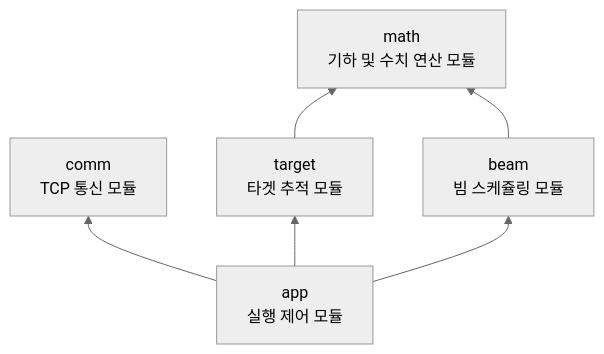
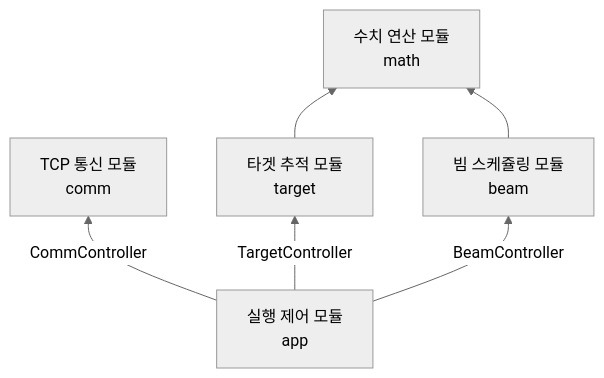
Before and after one commit to AESAlien/aesa-processor: the first of 2 diagrams in README.md, drawn with Mermaid (neutral theme). The commit also changed other lines of this file, not shown here.

````diff
--- a/README.md
+++ b/README.md
@@ -17,14 +19,14 @@
 ```mermaid
 flowchart BT
-    app[app<br/>실행 제어 모듈]
-    comm[comm<br/>TCP 통신 모듈]
-    target[target<br/>타겟 추적 모듈]
-    beam[beam<br/>빔 스케쥴링 모듈]
-    math[math<br/>기하 및 수치 연산 모듈]
+    app[실행 제어 모듈<br/>app]
+    comm[TCP 통신 모듈<br/>comm]
+    target[타겟 추적 모듈<br/>target]
+    beam[빔 스케쥴링 모듈<br/>beam]
+    math[수치 연산 모듈<br/>math]
 
-    app --> comm
-    app --> target
-    app --> beam
+    app-- CommController --> comm
+    app-- TargetController --> target
+    app-- BeamController --> beam
     target --> math
     beam --> math
 ```
````
